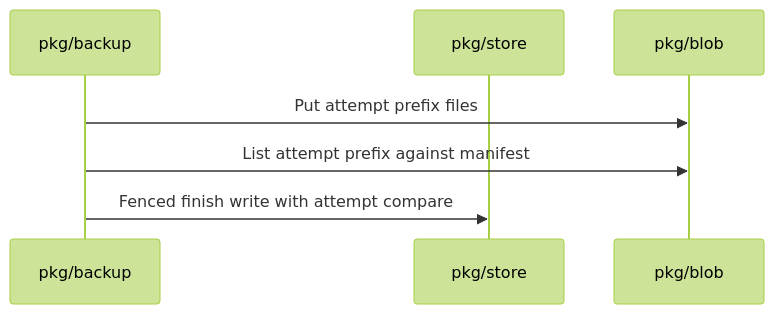
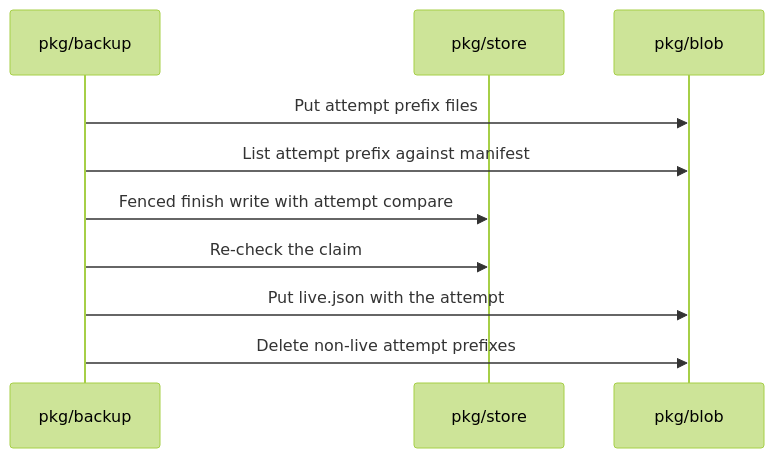
One commit to OpenDustpan/OpenDustpan changed the first of 4 diagrams in openspec/changes/backup-fence-target-writes-attempt/design.md. Above: the diagram before and after it, drawn with Mermaid (forest theme). The commit also changed other lines of this file and 2 other files, not shown here.

Commit message:
spec: live pointer for backup-fence-target-writes-attempt

````diff
--- a/openspec/changes/backup-fence-target-writes-attempt/design.md
+++ b/openspec/changes/backup-fence-target-writes-attempt/design.md
@@ -24,9 +26,12 @@
 ```mermaid
 sequenceDiagram
 participant W as pkg/backup
 participant D as pkg/store
 participant T as pkg/blob
 W->>T: Put attempt prefix files
 W->>T: List attempt prefix against manifest
 W->>D: Fenced finish write with attempt compare
+W->>D: Re-check the claim
+W->>T: Put live.json with the attempt
+W->>T: Delete non-live attempt prefixes
 ```
````
